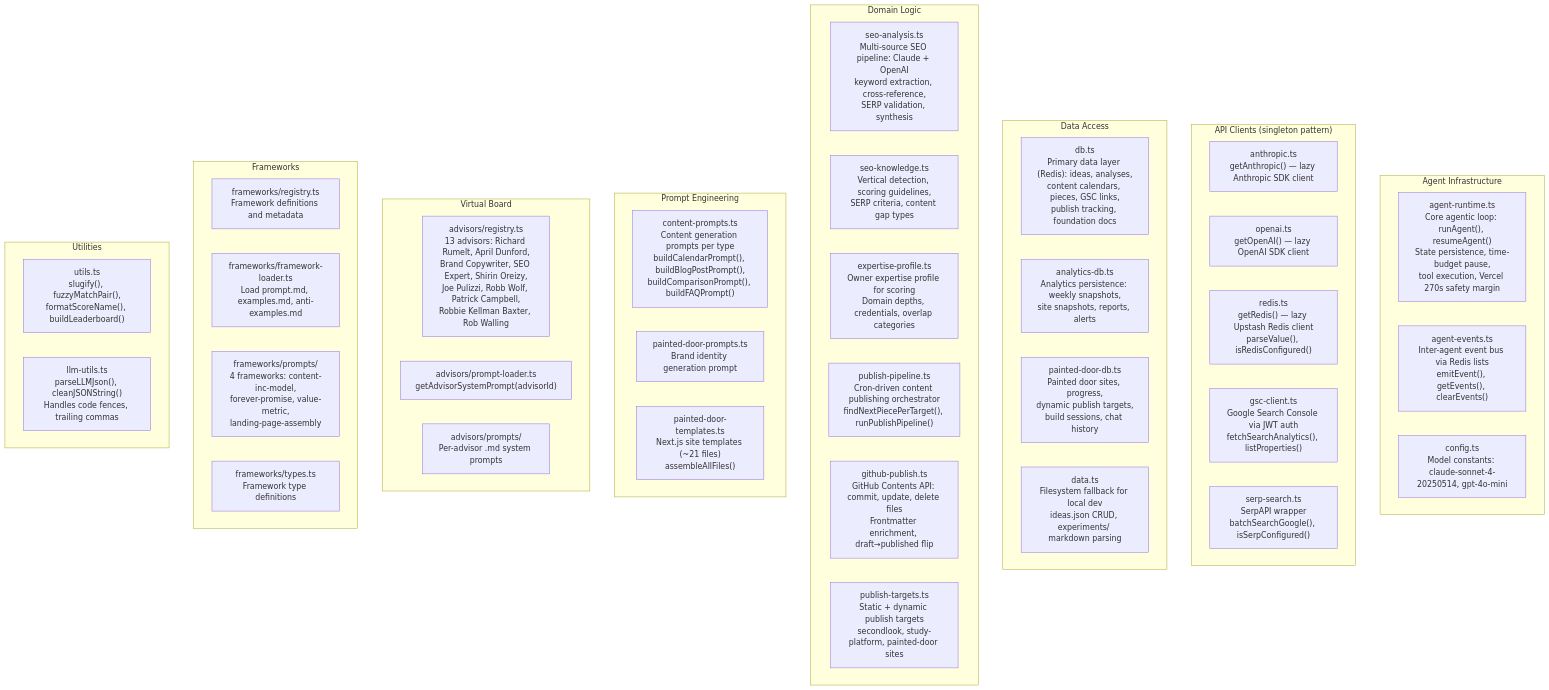
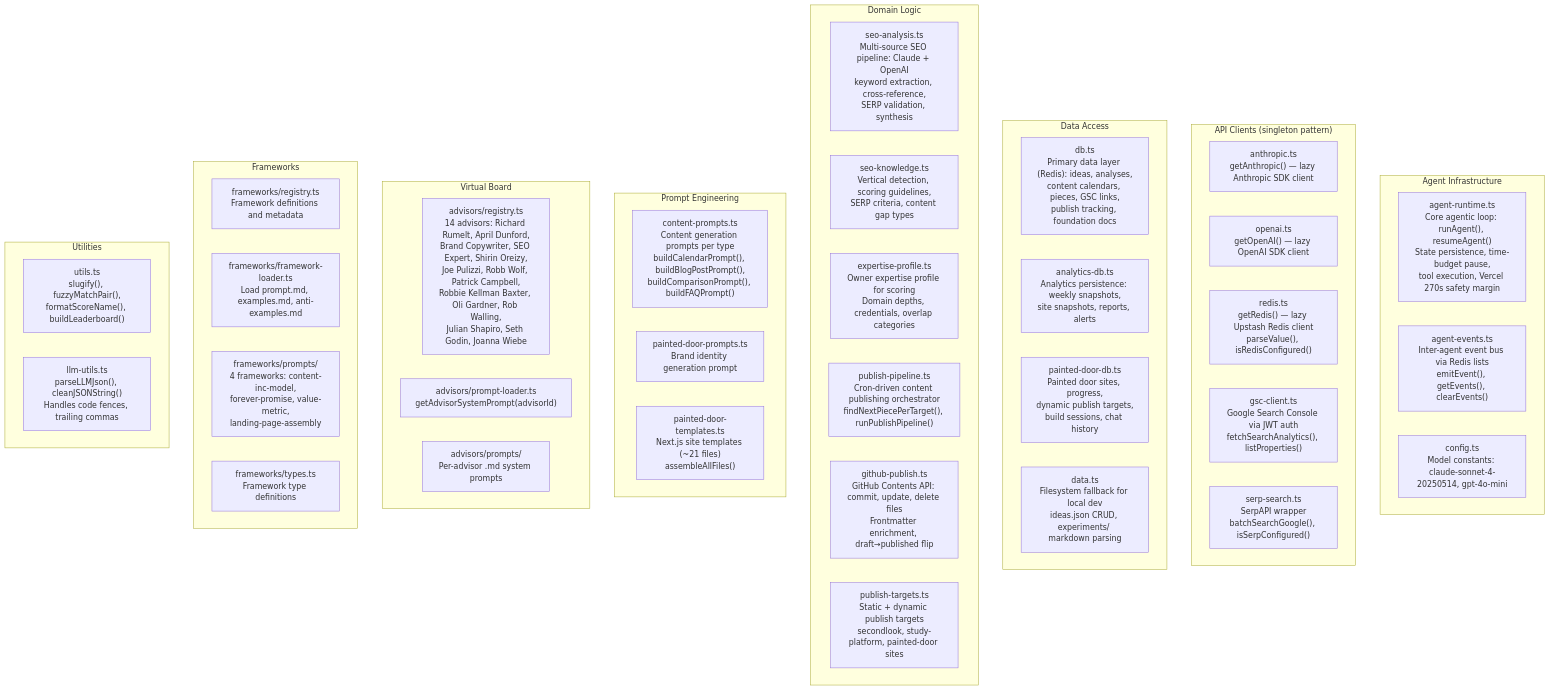
One commit to cwhogg/epch-projects changed the third of 11 diagrams in docs/architecture.md. Above: the diagram before and after it, drawn with Mermaid. The commit also changed other lines of this file and 2 other files, not shown here.

Commit message:
task 1: update stale documentation — advisor count 13→14, add 4 missing advisors, fix strategy advisor, replace analyses/[id] with project/[id] (KB-037, KB-053)

````diff
--- a/docs/architecture.md
+++ b/docs/architecture.md
@@ -219,62 +219,62 @@
 ```mermaid
 graph TB
     subgraph Runtime["Agent Infrastructure"]
         agent_runtime["agent-runtime.ts<br/>Core agentic loop: runAgent(), resumeAgent()<br/>State persistence, time-budget pause,<br/>tool execution, Vercel 270s safety margin"]
         agent_events["agent-events.ts<br/>Inter-agent event bus via Redis lists<br/>emitEvent(), getEvents(), clearEvents()"]
         config["config.ts<br/>Model constants: claude-sonnet-4-20250514, gpt-4o-mini"]
     end
 
     subgraph Clients["API Clients (singleton pattern)"]
         anthropic["anthropic.ts<br/>getAnthropic() — lazy Anthropic SDK client"]
         openai["openai.ts<br/>getOpenAI() — lazy OpenAI SDK client"]
         redis_mod["redis.ts<br/>getRedis() — lazy Upstash Redis client<br/>parseValue(), isRedisConfigured()"]
         gsc_client["gsc-client.ts<br/>Google Search Console via JWT auth<br/>fetchSearchAnalytics(), listProperties()"]
         serp_search["serp-search.ts<br/>SerpAPI wrapper<br/>batchSearchGoogle(), isSerpConfigured()"]
     end
 
     subgraph Persistence["Data Access"]
         db["db.ts<br/>Primary data layer (Redis): ideas, analyses,<br/>content calendars, pieces, GSC links,<br/>publish tracking, foundation docs"]
         analytics_db["analytics-db.ts<br/>Analytics persistence: weekly snapshots,<br/>site snapshots, reports, alerts"]
         painted_door_db["painted-door-db.ts<br/>Painted door sites, progress,<br/>dynamic publish targets,<br/>build sessions, chat history"]
         data["data.ts<br/>Filesystem fallback for local dev<br/>ideas.json CRUD, experiments/ markdown parsing"]
     end
 
     subgraph DomainLogic["Domain Logic"]
         seo_analysis["seo-analysis.ts<br/>Multi-source SEO pipeline: Claude + OpenAI<br/>keyword extraction, cross-reference,<br/>SERP validation, synthesis"]
         seo_knowledge["seo-knowledge.ts<br/>Vertical detection, scoring guidelines,<br/>SERP criteria, content gap types"]
         expertise_profile["expertise-profile.ts<br/>Owner expertise profile for scoring<br/>Domain depths, credentials, overlap categories"]
         publish_pipeline["publish-pipeline.ts<br/>Cron-driven content publishing orchestrator<br/>findNextPiecePerTarget(), runPublishPipeline()"]
         github_publish["github-publish.ts<br/>GitHub Contents API: commit, update, delete files<br/>Frontmatter enrichment, draft→published flip"]
         publish_targets["publish-targets.ts<br/>Static + dynamic publish targets<br/>secondlook, study-platform, painted-door sites"]
     end
 
     subgraph Prompts["Prompt Engineering"]
         content_prompts["content-prompts.ts<br/>Content generation prompts per type<br/>buildCalendarPrompt(), buildBlogPostPrompt(),<br/>buildComparisonPrompt(), buildFAQPrompt()"]
         painted_door_prompts["painted-door-prompts.ts<br/>Brand identity generation prompt"]
         painted_door_templates["painted-door-templates.ts<br/>Next.js site templates (~21 files)<br/>assembleAllFiles()"]
     end
 
     subgraph Frameworks["Frameworks"]
         frameworks_registry["frameworks/registry.ts<br/>Framework metadata registry"]
         frameworks_loader["frameworks/framework-loader.ts<br/>getFrameworkPrompt(frameworkId)<br/>Reads prompt.md from disk"]
         frameworks_prompts["frameworks/prompts/<br/>Per-framework prompt + examples"]
     end
 
     subgraph Advisors["Virtual Board"]
-        advisors_registry["advisors/registry.ts<br/>13 advisors: Richard Rumelt, April Dunford,<br/>Brand Copywriter, SEO Expert, Shirin Oreizy,<br/>Joe Pulizzi, Robb Wolf, Patrick Campbell,<br/>Robbie Kellman Baxter, Rob Walling"]
+        advisors_registry["advisors/registry.ts<br/>14 advisors: Richard Rumelt, April Dunford,<br/>Brand Copywriter, SEO Expert, Shirin Oreizy,<br/>Joe Pulizzi, Robb Wolf, Patrick Campbell,<br/>Robbie Kellman Baxter, Oli Gardner, Rob Walling,<br/>Julian Shapiro, Seth Godin, Joanna Wiebe"]
         advisors_loader["advisors/prompt-loader.ts<br/>getAdvisorSystemPrompt(advisorId)"]
         advisors_prompts["advisors/prompts/<br/>Per-advisor .md system prompts"]
     end
 
     subgraph Frameworks["Framework Library"]
         frameworks_registry["frameworks/registry.ts<br/>Framework definitions and metadata"]
         frameworks_loader["frameworks/framework-loader.ts<br/>Load prompt.md, examples.md, anti-examples.md"]
         frameworks_types["frameworks/types.ts<br/>Framework type definitions"]
         frameworks_prompts["frameworks/prompts/<br/>4 frameworks: content-inc-model,<br/>forever-promise, value-metric,<br/>landing-page-assembly"]
     end
 
     subgraph Utilities["Utilities"]
         utils["utils.ts<br/>slugify(), fuzzyMatchPair(),<br/>formatScoreName(), buildLeaderboard()"]
         llm_utils["llm-utils.ts<br/>parseLLMJson(), cleanJSONString()<br/>Handles code fences, trailing commas"]
     end
 ```
````
